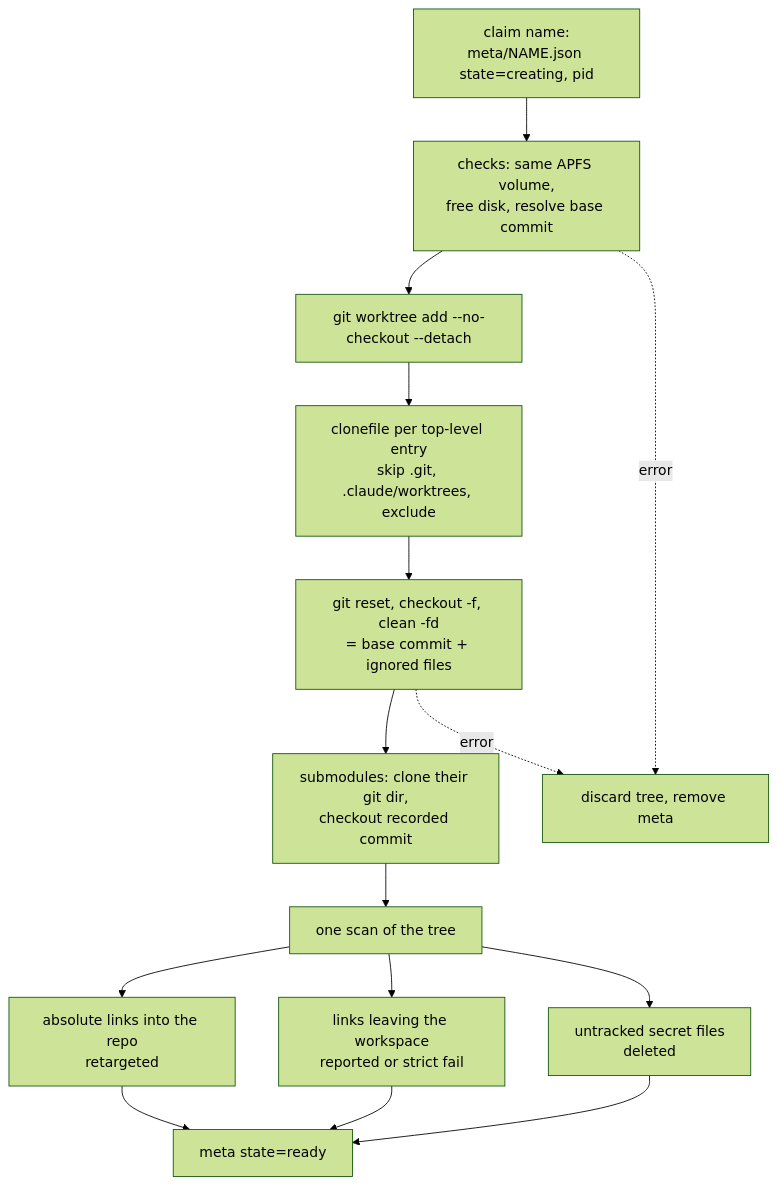
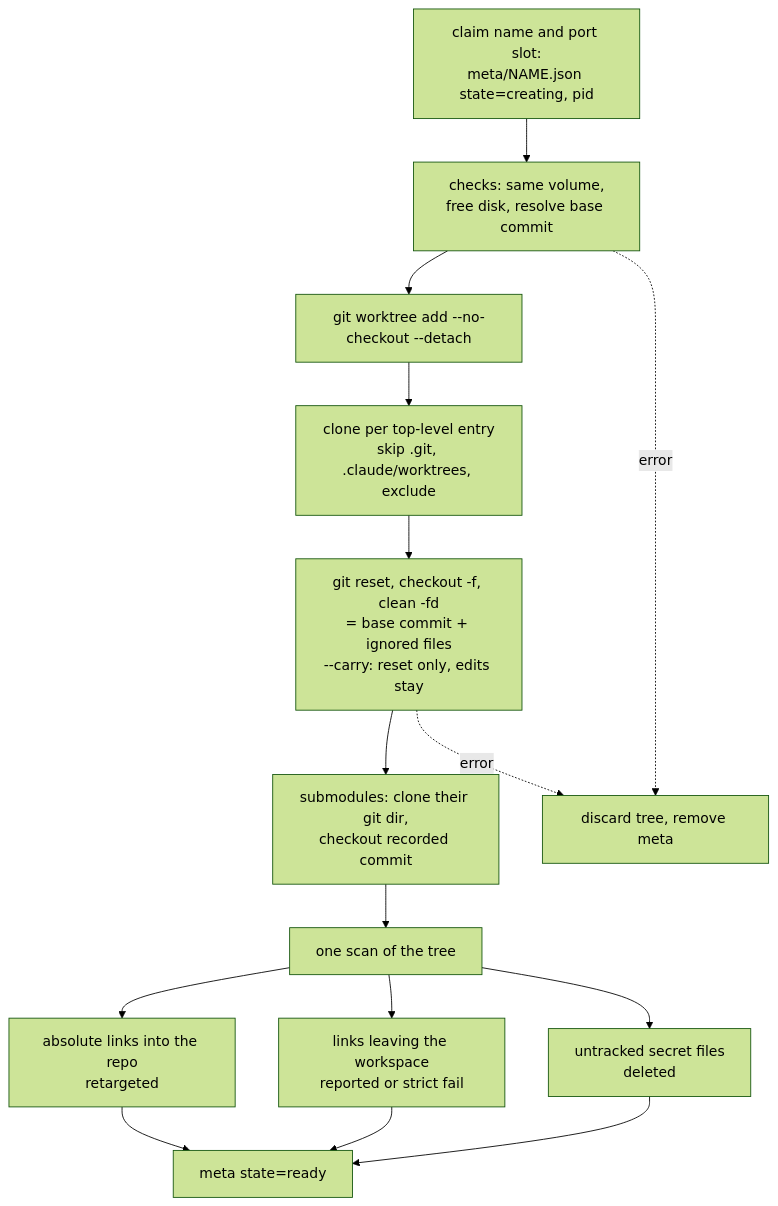
One commit to mendoanjoe/agent-ws changed the second of 4 diagrams in docs/how-it-works.md. Above: the diagram before and after it, drawn with Mermaid (forest theme). The commit also changed other lines of this file and 4 other files, not shown here.

Commit message:
docs: Claude Code worktrees, exec and ports, hooks, diff and conflicts, carry, land --pr/--squash, Linux

````diff
--- a/docs/how-it-works.md
+++ b/docs/how-it-works.md
@@ -28,15 +31,15 @@
 ```mermaid
 flowchart TD
-    A[claim name:<br/>meta/NAME.json state=creating, pid] --> B[checks: same APFS volume,<br/>free disk, resolve base commit]
+    A[claim name and port slot:<br/>meta/NAME.json state=creating, pid] --> B[checks: same volume,<br/>free disk, resolve base commit]
     B --> C[git worktree add --no-checkout --detach]
-    C --> D[clonefile per top-level entry<br/>skip .git, .claude/worktrees, exclude]
-    D --> E[git reset, checkout -f, clean -fd<br/>= base commit + ignored files]
+    C --> D[clone per top-level entry<br/>skip .git, .claude/worktrees, exclude]
+    D --> E[git reset, checkout -f, clean -fd<br/>= base commit + ignored files<br/>--carry: reset only, edits stay]
     E --> E2[submodules: clone their git dir,<br/>checkout recorded commit]
     E2 --> F[one scan of the tree]
     F --> F1[absolute links into the repo<br/>retargeted]
     F --> F2[links leaving the workspace<br/>reported or strict fail]
     F --> F3[untracked secret files<br/>deleted]
     F1 & F2 & F3 --> G[meta state=ready]
     B -. error .-> Z[discard tree, remove meta]
     E -. error .-> Z
 ```
````
